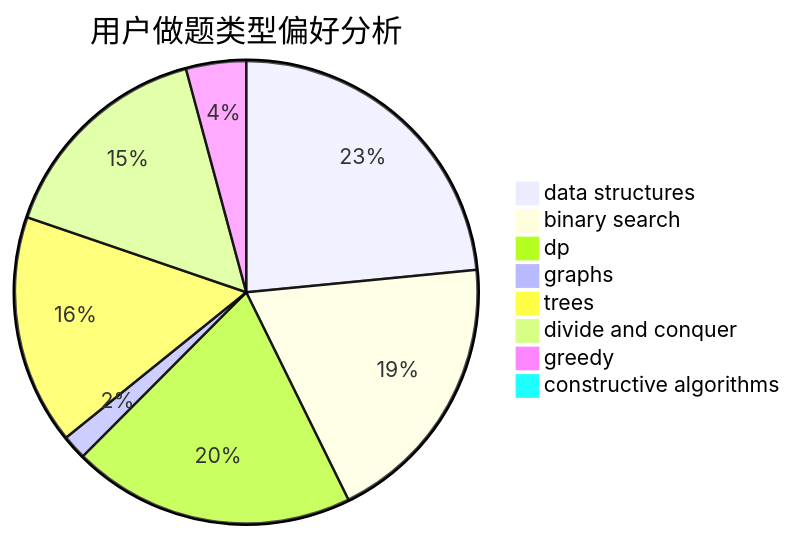
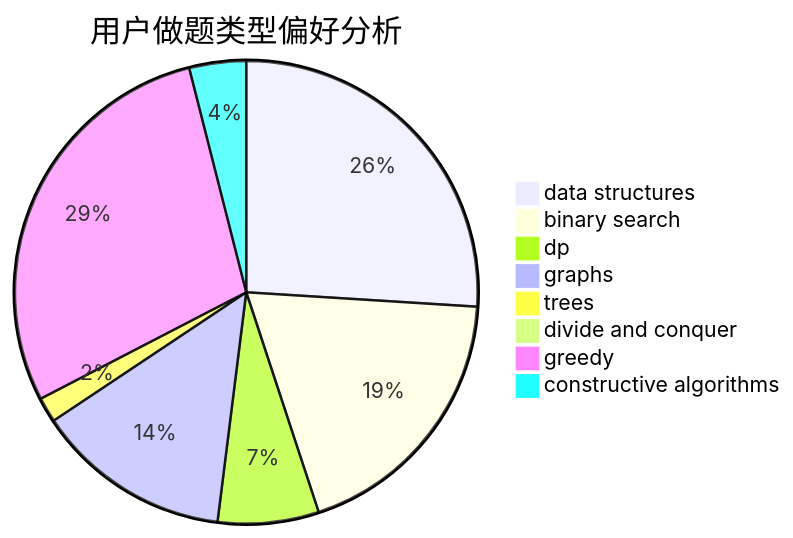
Before and after one commit to sherpahu/cfrs.github.io: the second of 3 diagrams in docs/user/u1793.md, drawn with Mermaid. The commit also changed other lines of this file and 2770 other files, not shown here.

````diff
--- a/docs/user/u1793.md
+++ b/docs/user/u1793.md
@@ -23,11 +23,11 @@
 ```mermaid
 pie title 用户做题类型偏好分析
-    "data structures" :  95
-    "binary search" :  78
-    "dp" :  80
-    "graphs" :  7
-    "trees" :  65
-    "divide and conquer" :  63
-    "greedy" :  17
-    "constructive algorithms" :  4
+    "data structures" :  59
+    "binary search" :  43
+    "dp" :  16
+    "graphs" :  31
+    "trees" :  4
+    "divide and conquer" :  0
+    "greedy" :  65
+    "constructive algorithms" :  9
 ```
````
